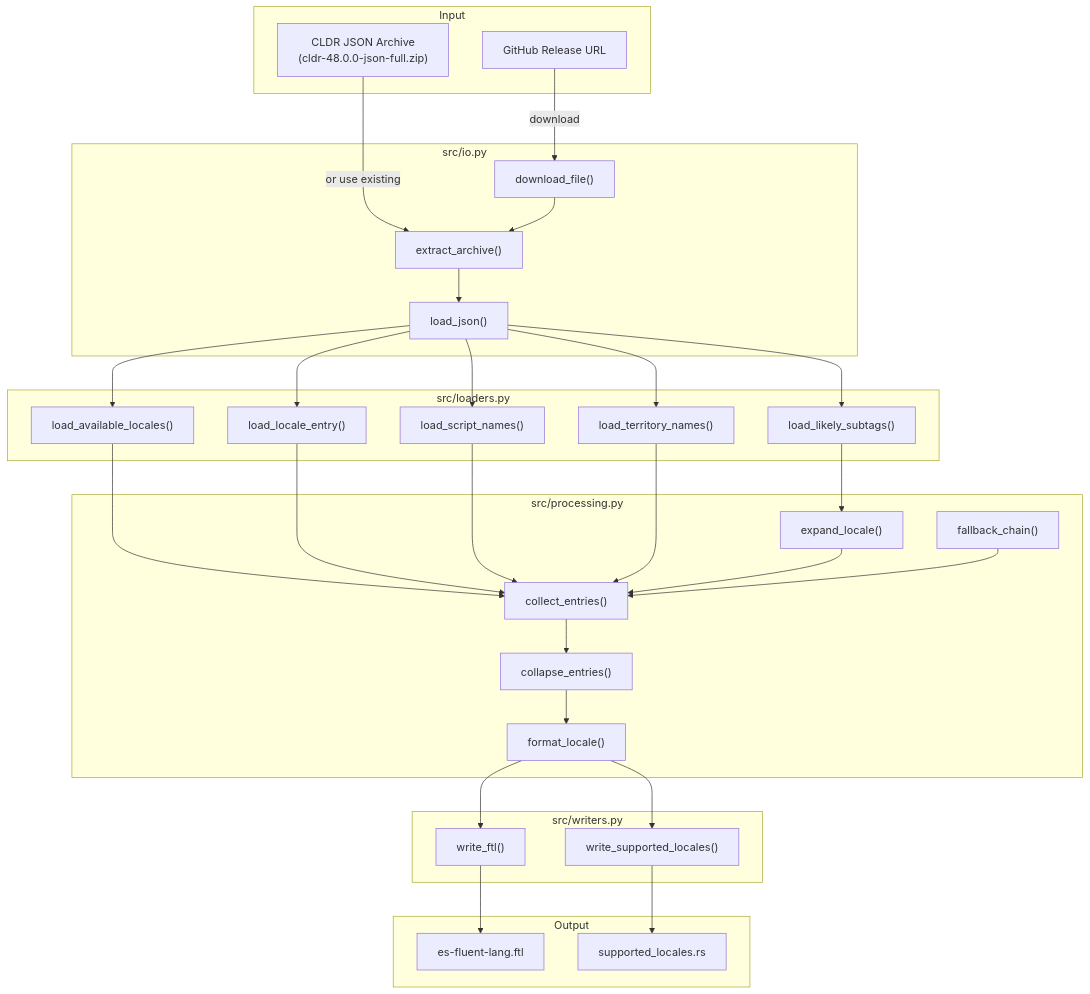
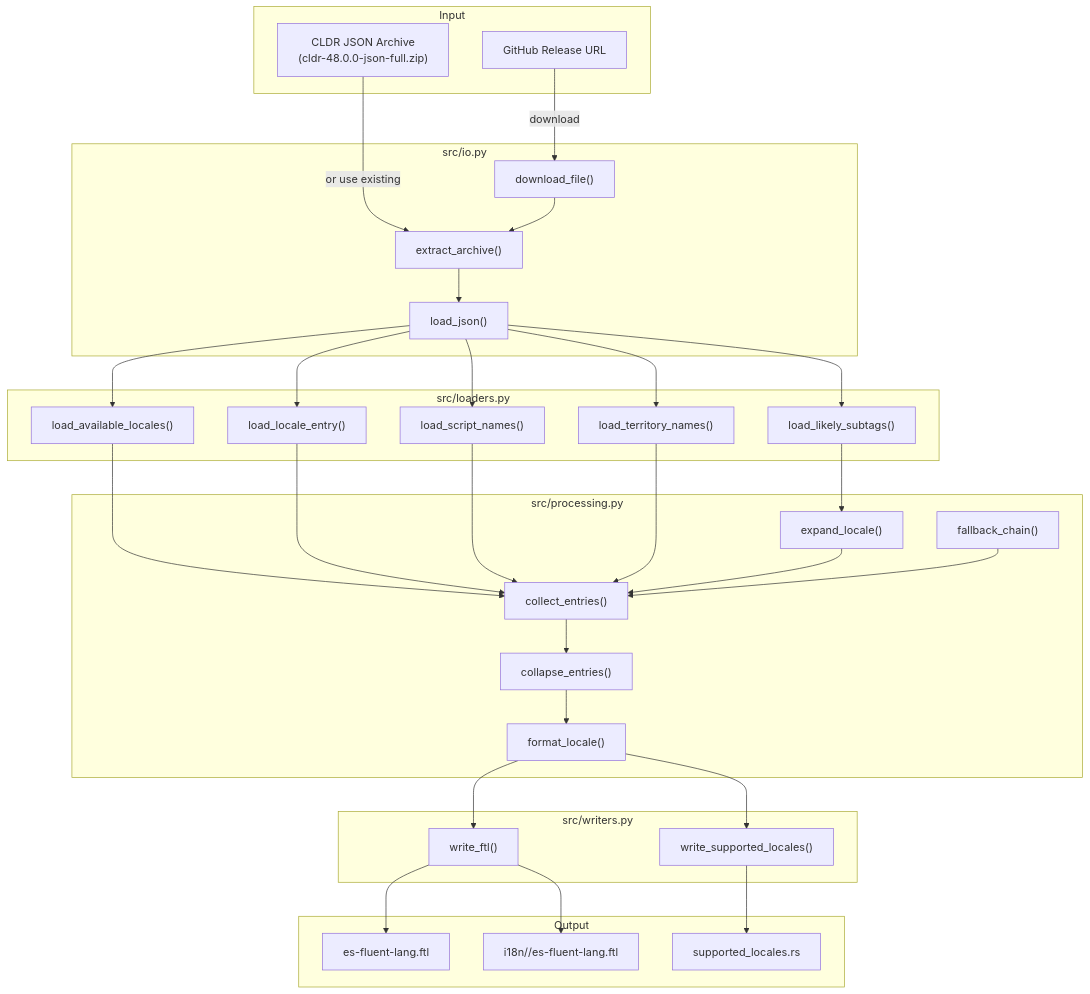
Before and after one commit to stayhydated/es-fluent: the diagram in scripts/cldr-es-fluent-lang/docs/ARCHITECTURE.md, drawn with Mermaid. The commit also changed other lines of this file and 728 other files, not shown here.

Commit message:
per locale localized ftl values

````diff
--- a/scripts/cldr-es-fluent-lang/docs/ARCHITECTURE.md
+++ b/scripts/cldr-es-fluent-lang/docs/ARCHITECTURE.md
@@ -28,56 +28,58 @@
 ```mermaid
 flowchart TD
     subgraph INPUT["Input"]
         CLDR["CLDR JSON Archive<br/>(cldr-48.0.0-json-full.zip)"]
         URL["GitHub Release URL"]
     end
 
     subgraph IO["src/io.py"]
         DL["download_file()"]
         EXT["extract_archive()"]
         LOAD["load_json()"]
     end
 
     subgraph LOADERS["src/loaders.py"]
         LIKELY["load_likely_subtags()"]
         AVAIL["load_available_locales()"]
         LOCALE["load_locale_entry()"]
         SCRIPT["load_script_names()"]
         TERR["load_territory_names()"]
     end
 
     subgraph PROCESSING["src/processing.py"]
         COLLECT["collect_entries()"]
         COLLAPSE["collapse_entries()"]
         FORMAT["format_locale()"]
         EXPAND["expand_locale()"]
         FALLBACK["fallback_chain()"]
     end
 
     subgraph WRITERS["src/writers.py"]
         WFTL["write_ftl()"]
         WRS["write_supported_locales()"]
     end
 
     subgraph OUTPUT["Output"]
         FTL["es-fluent-lang.ftl"]
+        I18N["i18n/<locale>/es-fluent-lang.ftl"]
         RS["supported_locales.rs"]
     end
 
     URL -->|download| DL
     CLDR -->|or use existing| EXT
     DL --> EXT
     EXT --> LOAD
 
     LOAD --> LIKELY & AVAIL & LOCALE & SCRIPT & TERR
 
     LIKELY --> EXPAND
     AVAIL --> COLLECT
     LOCALE & SCRIPT & TERR --> COLLECT
     EXPAND & FALLBACK --> COLLECT
     COLLECT --> COLLAPSE
     COLLAPSE --> FORMAT
     FORMAT --> WFTL & WRS
     WFTL --> FTL
+    WFTL --> I18N
     WRS --> RS
 ```
````
